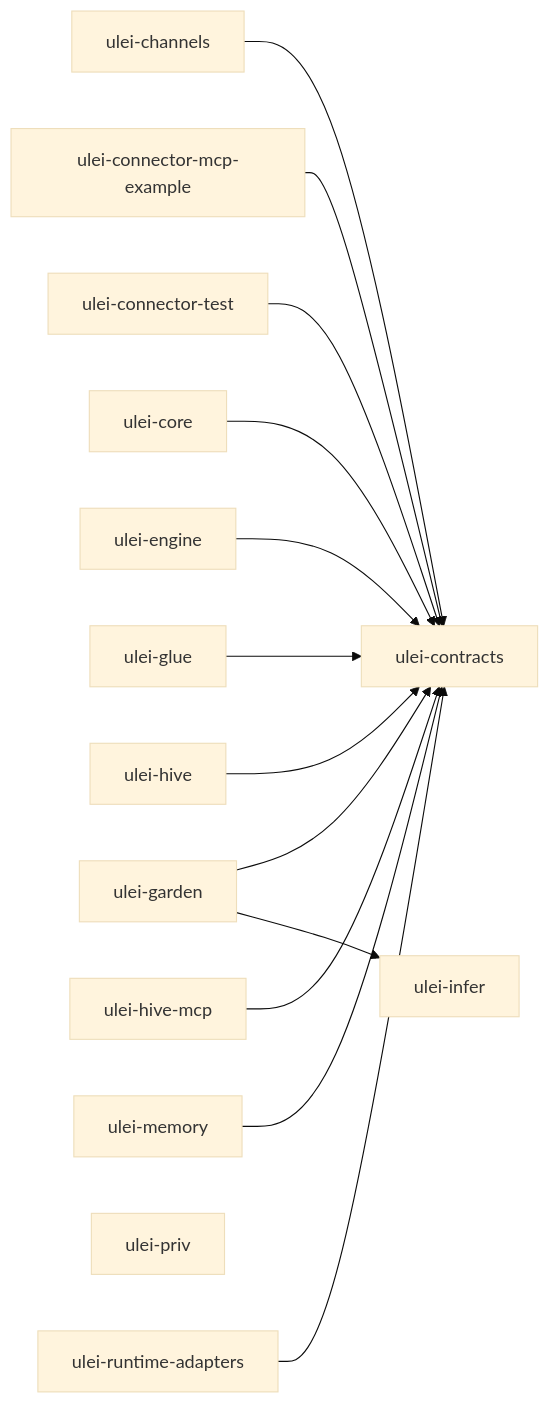
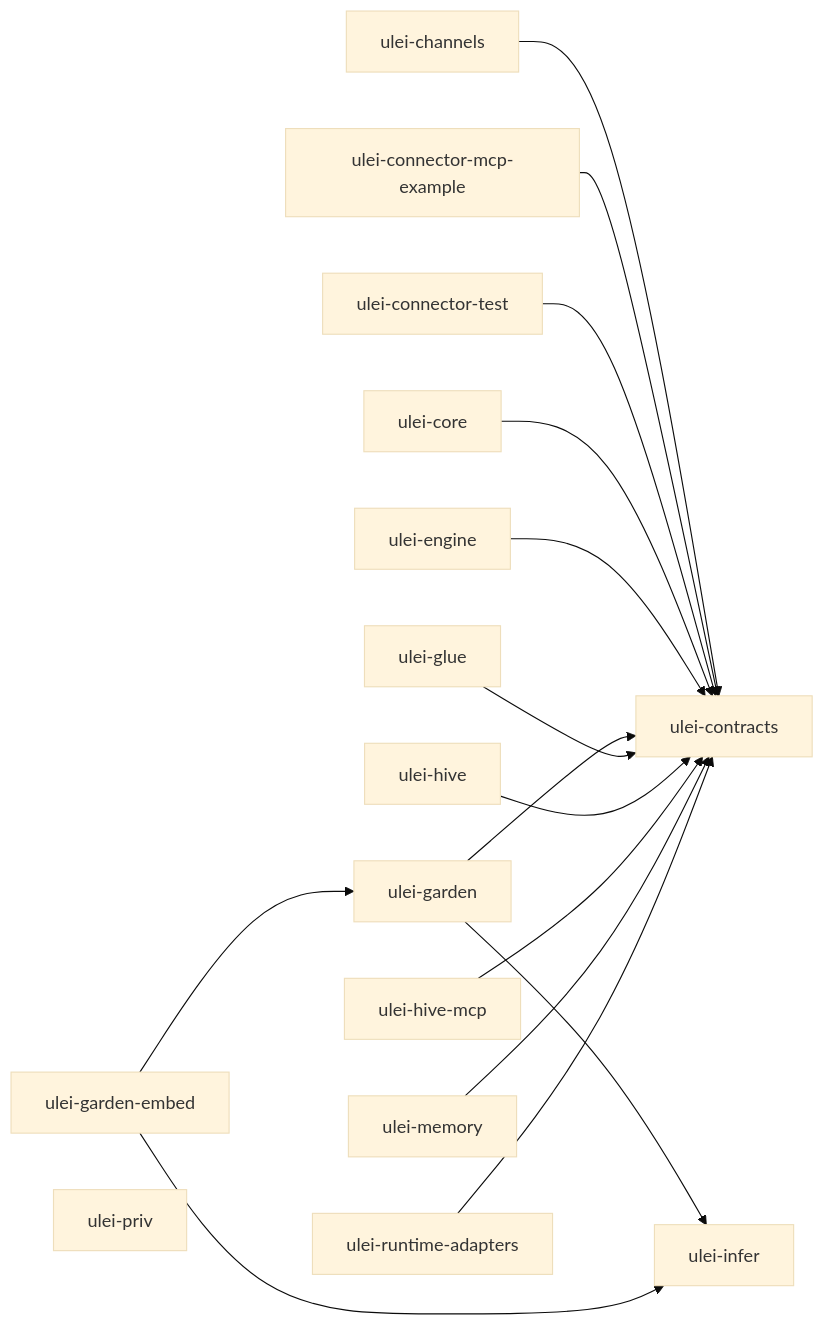
Before and after one commit to pasekahq/ulei: the diagram in docs/architecture/module-map.md, drawn with Mermaid (base theme). The commit also changed other lines of this file and 41 other files, not shown here.

````diff
--- a/docs/architecture/module-map.md
+++ b/docs/architecture/module-map.md
@@ -28,29 +29,32 @@
 ```mermaid
 graph LR
   ulei_channels["ulei-channels"]
   ulei_connector_mcp_example["ulei-connector-mcp-example"]
   ulei_connector_test["ulei-connector-test"]
   ulei_contracts["ulei-contracts"]
   ulei_core["ulei-core"]
   ulei_engine["ulei-engine"]
   ulei_garden["ulei-garden"]
+  ulei_garden_embed["ulei-garden-embed"]
   ulei_glue["ulei-glue"]
   ulei_hive["ulei-hive"]
   ulei_hive_mcp["ulei-hive-mcp"]
   ulei_infer["ulei-infer"]
   ulei_memory["ulei-memory"]
   ulei_priv["ulei-priv"]
   ulei_runtime_adapters["ulei-runtime-adapters"]
   ulei_channels --> ulei_contracts
   ulei_connector_mcp_example --> ulei_contracts
   ulei_connector_test --> ulei_contracts
   ulei_core --> ulei_contracts
   ulei_engine --> ulei_contracts
   ulei_garden --> ulei_contracts
   ulei_garden --> ulei_infer
+  ulei_garden_embed --> ulei_garden
+  ulei_garden_embed --> ulei_infer
   ulei_glue --> ulei_contracts
   ulei_hive --> ulei_contracts
   ulei_hive_mcp --> ulei_contracts
   ulei_memory --> ulei_contracts
   ulei_runtime_adapters --> ulei_contracts
 ```
````
